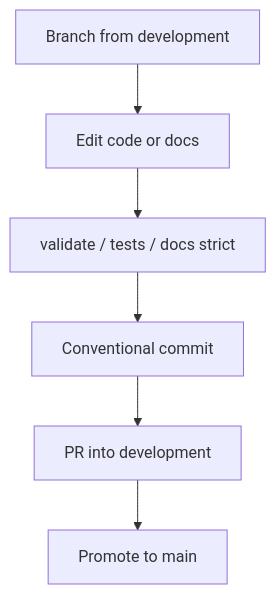
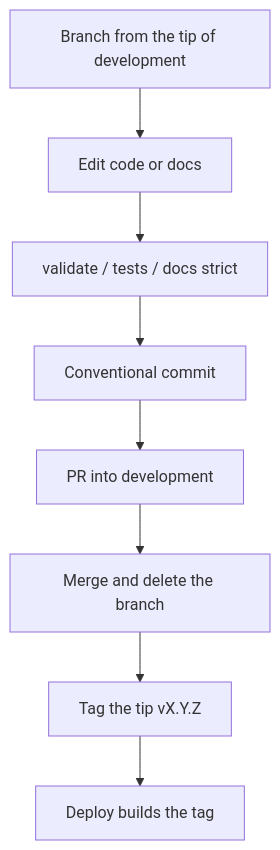
The diagram in docs/project-conventions.md (toxicoder/inkorporated), drawn with Mermaid before and after one commit. The commit also changed other lines of this file and 588 other files, not shown here.

````diff
--- a/docs/project-conventions.md
+++ b/docs/project-conventions.md
@@ -21,8 +21,10 @@
 ```mermaid
 flowchart TD
-  branch[Branch from development] --> edit[Edit code or docs]
+  branch[Branch from the tip of development] --> edit[Edit code or docs]
   edit --> validate[validate / tests / docs strict]
   validate --> commit[Conventional commit]
   commit --> pr[PR into development]
-  pr --> promote[Promote to main]
+  pr --> merge[Merge and delete the branch]
+  merge --> tag[Tag the tip vX.Y.Z]
+  tag --> deploy[Deploy builds the tag]
 ```
````
